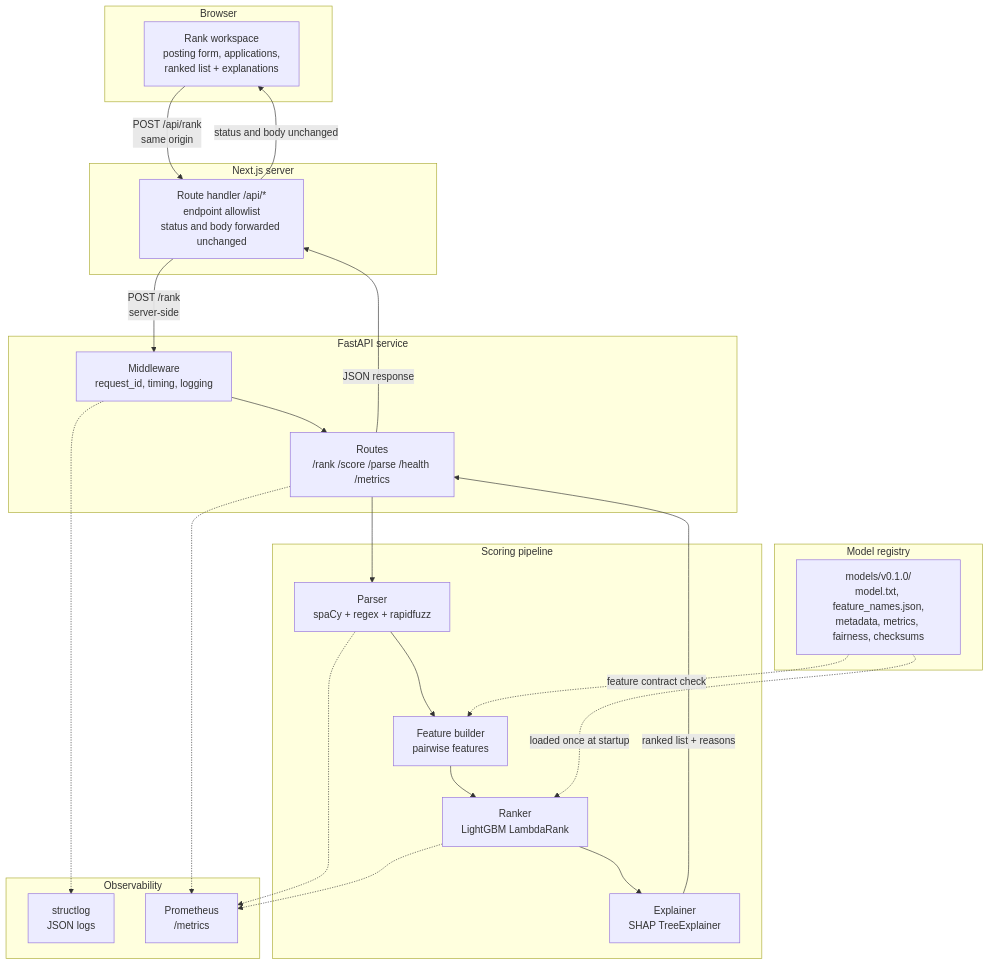
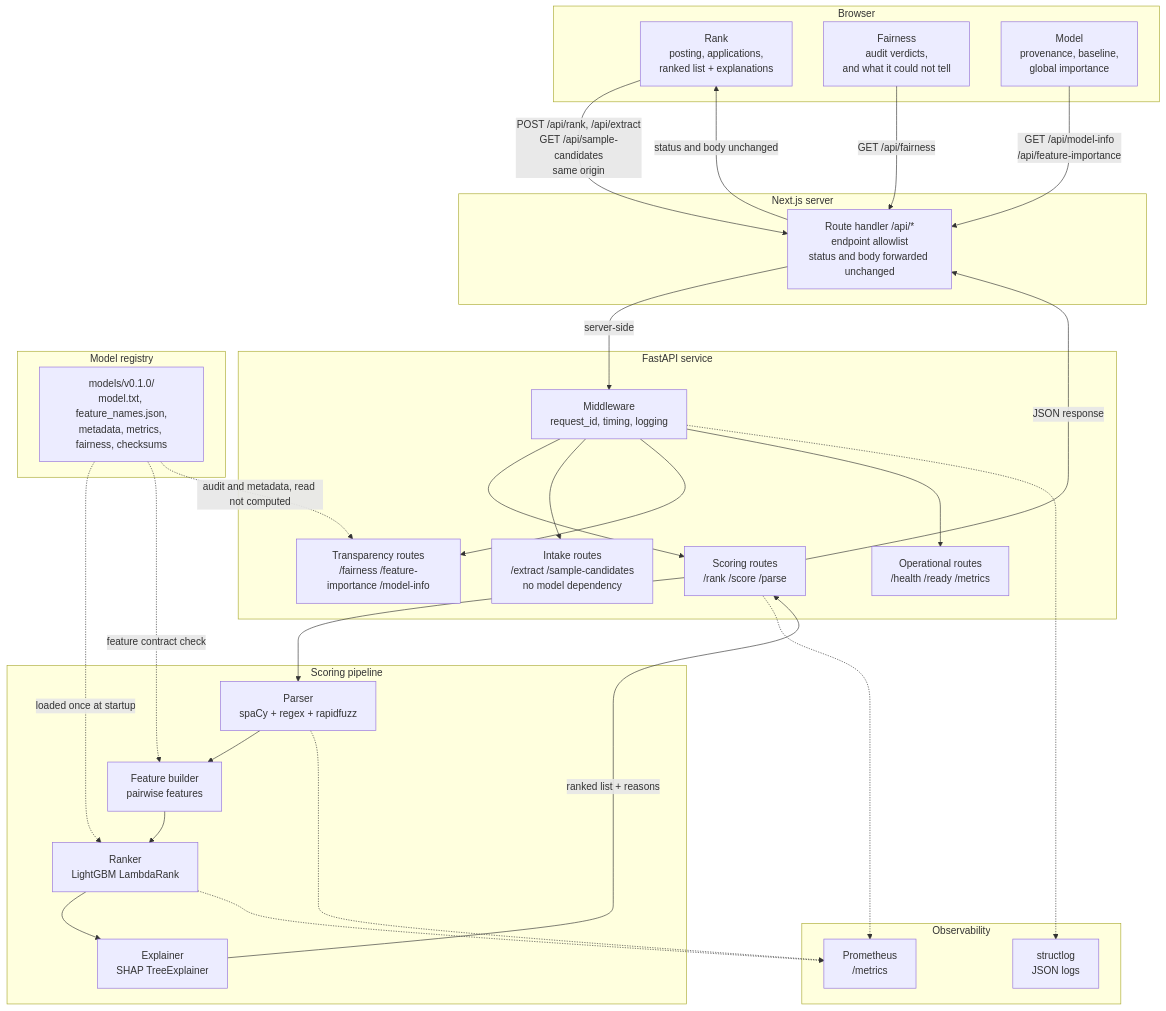
The first of 6 diagrams in docs/architecture.md (Kainatfatima0311/guardmatch-ai), drawn with Mermaid before and after one commit. The commit also changed other lines of this file and 5 other files, not shown here.

````diff
--- a/docs/architecture.md
+++ b/docs/architecture.md
@@ -18,47 +18,58 @@
 ```mermaid
 flowchart TB
     subgraph Browser["Browser"]
-        UI["Rank workspace<br/>posting form, applications,<br/>ranked list + explanations"]
+        UI["Rank<br/>posting, applications,<br/>ranked list + explanations"]
+        FAIR["Fairness<br/>audit verdicts,<br/>and what it could not tell"]
+        PROV["Model<br/>provenance, baseline,<br/>global importance"]
     end
 
     subgraph Web["Next.js server"]
         PROXY["Route handler /api/*<br/>endpoint allowlist<br/>status and body forwarded unchanged"]
     end
 
     subgraph API["FastAPI service"]
         MW["Middleware<br/>request_id, timing, logging"]
-        RT["Routes<br/>/rank /score /parse /health /metrics"]
+        RT["Scoring routes<br/>/rank /score /parse"]
+        INTK["Intake routes<br/>/extract /sample-candidates<br/>no model dependency"]
+        TRAN["Transparency routes<br/>/fairness /feature-importance /model-info"]
+        OPS["Operational routes<br/>/health /ready /metrics"]
     end
 
     subgraph Pipeline["Scoring pipeline"]
         PARSE["Parser<br/>spaCy + regex + rapidfuzz"]
         FEAT["Feature builder<br/>pairwise features"]
         RANK["Ranker<br/>LightGBM LambdaRank"]
         EXPL["Explainer<br/>SHAP TreeExplainer"]
     end
 
     subgraph Artifacts["Model registry"]
         REG["models/v0.1.0/<br/>model.txt, feature_names.json,<br/>metadata, metrics, fairness, checksums"]
     end
 
     subgraph Obs["Observability"]
         LOG["structlog<br/>JSON logs"]
         MET["Prometheus<br/>/metrics"]
     end
 
-    UI -->|"POST /api/rank<br/>same origin"| PROXY
-    PROXY -->|"POST /rank<br/>server-side"| MW
+    UI -->|"POST /api/rank, /api/extract<br/>GET /api/sample-candidates<br/>same origin"| PROXY
+    FAIR -->|"GET /api/fairness"| PROXY
+    PROV -->|"GET /api/model-info<br/>/api/feature-importance"| PROXY
+    PROXY -->|"server-side"| MW
     MW --> RT
+    MW --> INTK
+    MW --> TRAN
+    MW --> OPS
     RT --> PARSE --> FEAT --> RANK --> EXPL
     EXPL -->|"ranked list + reasons"| RT
     RT -->|"JSON response"| PROXY
     PROXY -->|"status and body unchanged"| UI
 
     REG -.->|"loaded once at startup"| RANK
     REG -.->|"feature contract check"| FEAT
+    REG -.->|"audit and metadata, read not computed"| TRAN
 
     MW -.-> LOG
     RT -.-> MET
     PARSE -.-> MET
     RANK -.-> MET
 ```
````
